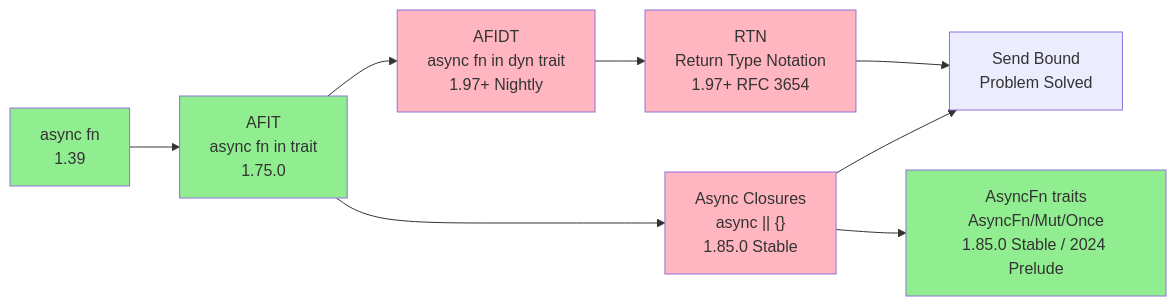
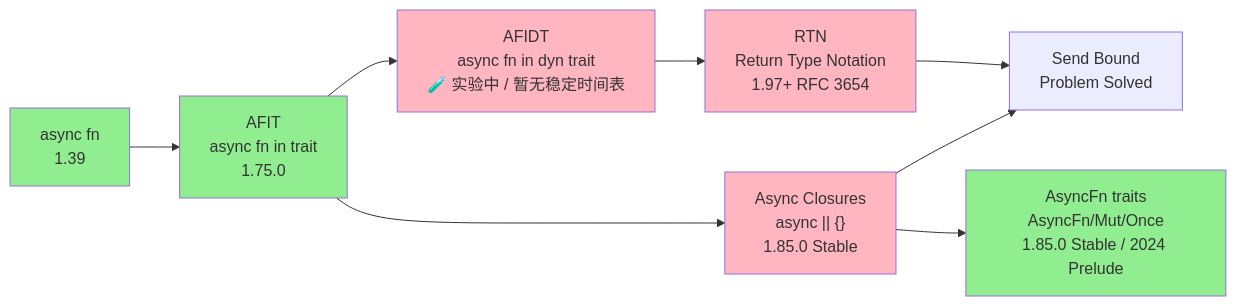
The sixth of 16 diagrams in docs/04_rust_language_feature_comprehensive_inventory_2026.md (martin-ly/rust-lang), drawn with Mermaid before and after one commit. The commit also changed other lines of this file and 41 other files, not shown here.

````diff
--- a/docs/04_rust_language_feature_comprehensive_inventory_2026.md
+++ b/docs/04_rust_language_feature_comprehensive_inventory_2026.md
@@ -967,17 +966,17 @@
 ```mermaid
 graph LR
     A[async fn<br/>1.39] --> B[AFIT<br/>async fn in trait<br/>1.75.0]
-    B --> C[AFIDT<br/>async fn in dyn trait<br/>1.97+ Nightly]
+    B --> C[AFIDT<br/>async fn in dyn trait<br/>🧪 实验中 / 暂无稳定时间表]
     B --> D["Async Closures<br/>async || {}<br/>1.85.0 Stable"]
     D --> E[AsyncFn traits<br/>AsyncFn/Mut/Once<br/>1.85.0 Stable / 2024 Prelude]
     C --> F[RTN<br/>Return Type Notation<br/>1.97+ RFC 3654]
     F --> G[Send Bound<br/>Problem Solved]
     D --> G
 
     style A fill:#90EE90
     style B fill:#90EE90
     style C fill:#FFB6C1
     style D fill:#FFB6C1
     style E fill:#90EE90
     style F fill:#FFB6C1
 ```
````
